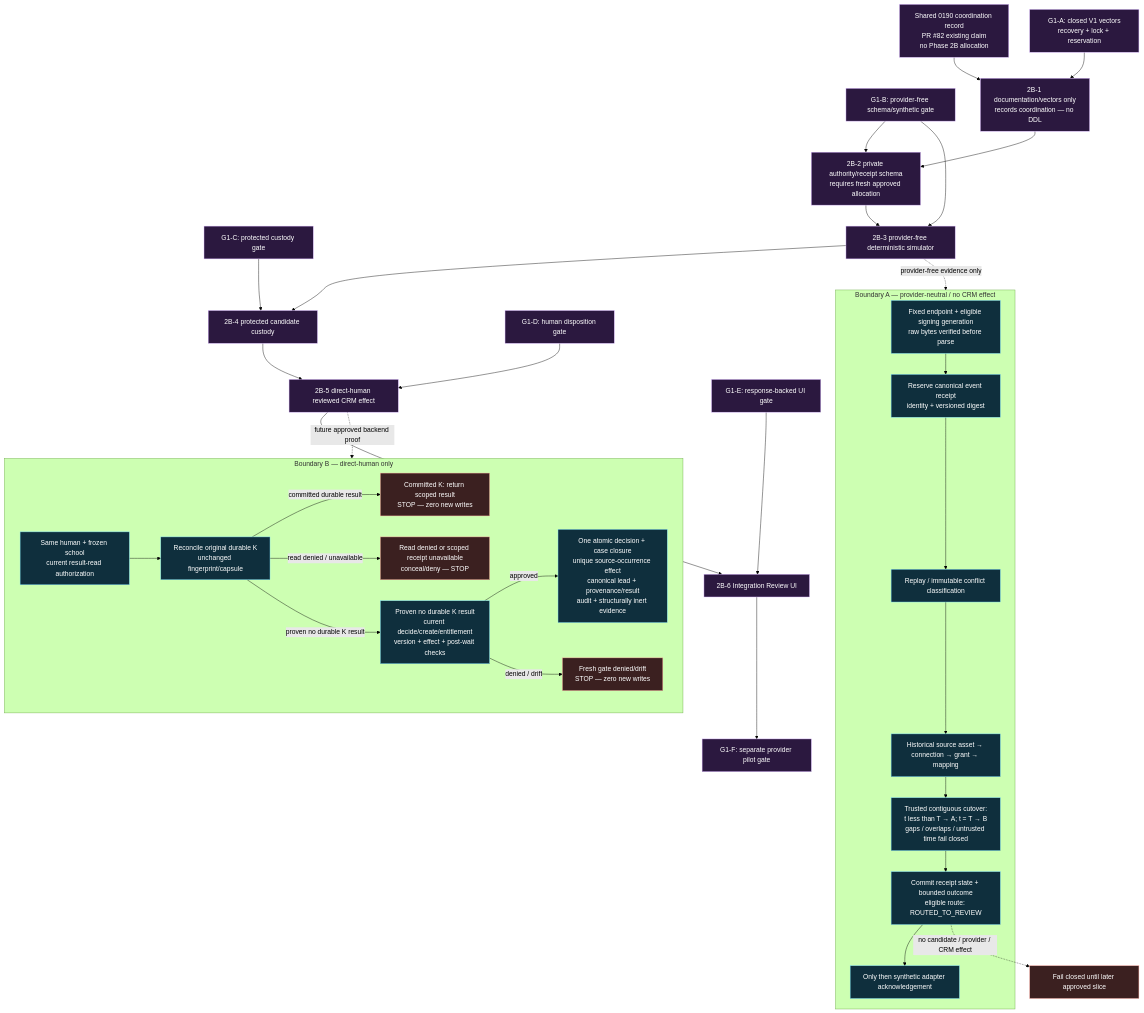
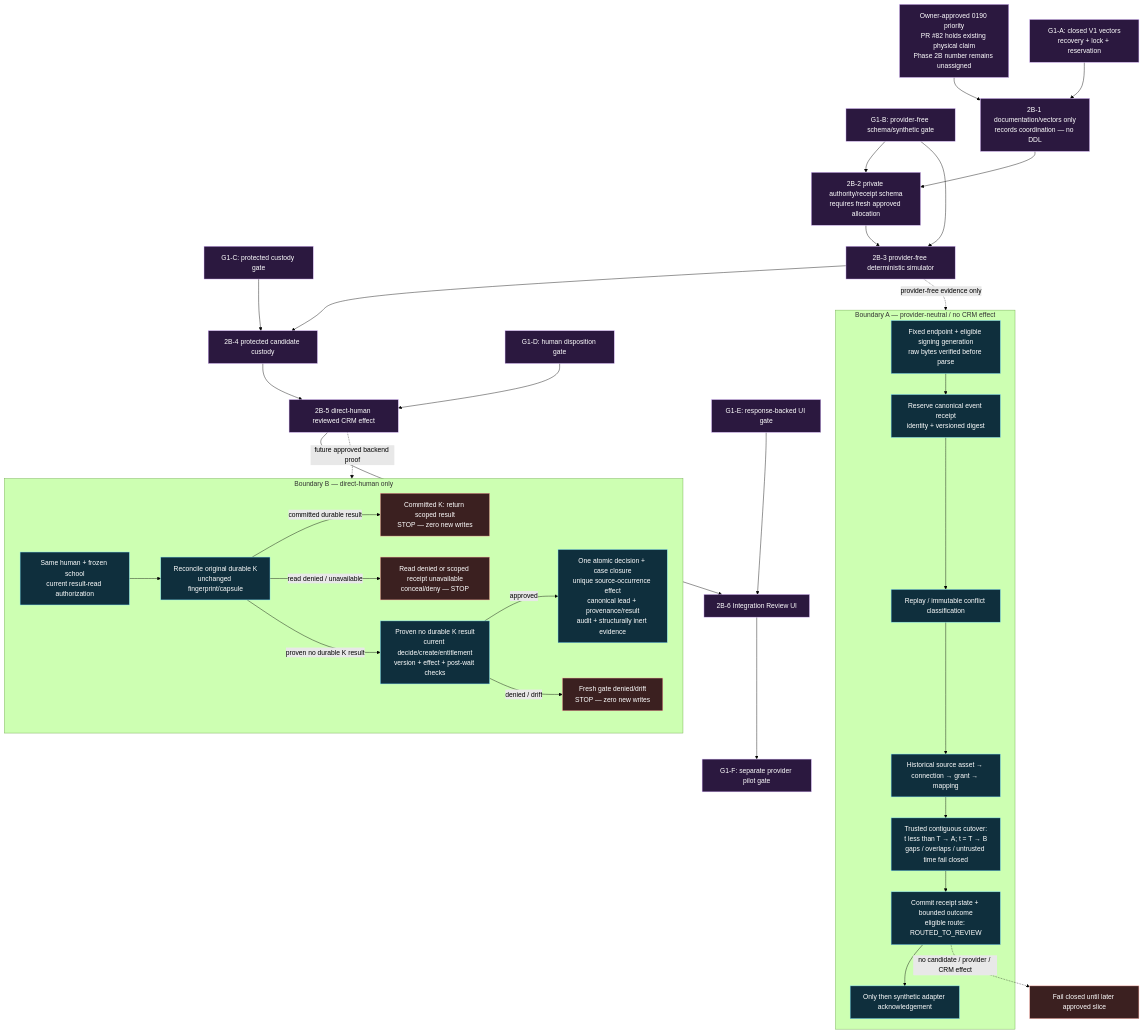
One commit to myhonosai/honos changed the diagram in docs/diagrams/phase-2b-contract-flow.mmd. Above: the diagram before and after it, drawn with Mermaid (forest theme). The commit also changed 4 other files, not shown here.

Commit message:
docs(phase2b): record approved 0190 priority

```diff
--- a/docs/diagrams/phase-2b-contract-flow.mmd
+++ b/docs/diagrams/phase-2b-contract-flow.mmd
@@ -1,67 +1,67 @@
 flowchart TD
-  Coord[Shared 0190 coordination record\nPR #82 existing claim\nno Phase 2B allocation]
+  Coord[Owner-approved 0190 priority\nPR #82 holds existing physical claim\nPhase 2B number remains unassigned]
   G1A[G1-A: closed V1 vectors\nrecovery + lock + reservation]
   G1B[G1-B: provider-free schema/synthetic gate]
   G1C[G1-C: protected custody gate]
   G1D[G1-D: human disposition gate]
   G1E[G1-E: response-backed UI gate]
   Pilot[G1-F: separate provider pilot gate]
 
   C1[2B-1 documentation/vectors only\nrecords coordination — no DDL]
   C2[2B-2 private authority/receipt schema\nrequires fresh approved allocation]
   C3[2B-3 provider-free deterministic simulator]
   C4[2B-4 protected candidate custody]
   C5[2B-5 direct-human reviewed CRM effect]
   C6[2B-6 Integration Review UI]
 
   Coord --> C1
   G1A --> C1
   C1 --> C2
   G1B --> C2
   C2 --> C3
   G1B --> C3
   C3 --> C4
   G1C --> C4
   C4 --> C5
   G1D --> C5
   C5 --> C6
   G1E --> C6
   C6 --> Pilot
 
   subgraph Ingress[Boundary A — provider-neutral / no CRM effect]
     Verify[Fixed endpoint + eligible signing generation\nraw bytes verified before parse]
     Receipt[Reserve canonical event receipt\nidentity + versioned digest]
     Classify[Replay / immutable conflict classification]
     Route[Historical source asset → connection → grant → mapping]
     Cutover[Trusted contiguous cutover:\nt less than T → A; t = T → B\ngaps / overlaps / untrusted time fail closed]
     Durable[Commit receipt state + bounded outcome\neligible route: ROUTED_TO_REVIEW]
     Ack[Only then synthetic adapter acknowledgement]
     Verify --> Receipt --> Classify --> Route --> Cutover --> Durable --> Ack
   end
 
   subgraph Review[Boundary B — direct-human only]
     ReadAuth[Same human + frozen school\ncurrent result-read authorization]
     Reconcile[Reconcile original durable K\nunchanged fingerprint/capsule]
     ResultStop[Committed K: return scoped result\nSTOP — zero new writes]
     Conceal[Read denied or scoped receipt unavailable\nconceal/deny — STOP]
     FreshGate[Proven no durable K result\ncurrent decide/create/entitlement\nversion + effect + post-wait checks]
     FreshStop[Fresh gate denied/drift\nSTOP — zero new writes]
     Atomic[One atomic decision + case closure\nunique source-occurrence effect\ncanonical lead + provenance/result\naudit + structurally inert evidence]
     ReadAuth --> Reconcile
     Reconcile -->|committed durable result| ResultStop
     Reconcile -->|read denied / unavailable| Conceal
     Reconcile -->|proven no durable K result| FreshGate
     FreshGate -->|approved| Atomic
     FreshGate -->|denied / drift| FreshStop
   end
 
   C3 -. provider-free evidence only .-> Ingress
   C5 -. future approved backend proof .-> Review
   Durable -. no candidate / provider / CRM effect .-> Hold[Fail closed until later approved slice]
 
   classDef gate fill:#2b183f,stroke:#d9b7ff,color:#fff
   classDef boundary fill:#0f2f3d,stroke:#7ee1ff,color:#fff
   classDef stop fill:#3b2020,stroke:#ffaaa0,color:#fff
   class Coord,G1A,G1B,G1C,G1D,G1E,Pilot,C1,C2,C3,C4,C5,C6 gate
   class Verify,Receipt,Classify,Route,Cutover,Durable,Ack,ReadAuth,Reconcile,FreshGate,Atomic boundary
   class ResultStop,Conceal,FreshStop,Hold stop
```
